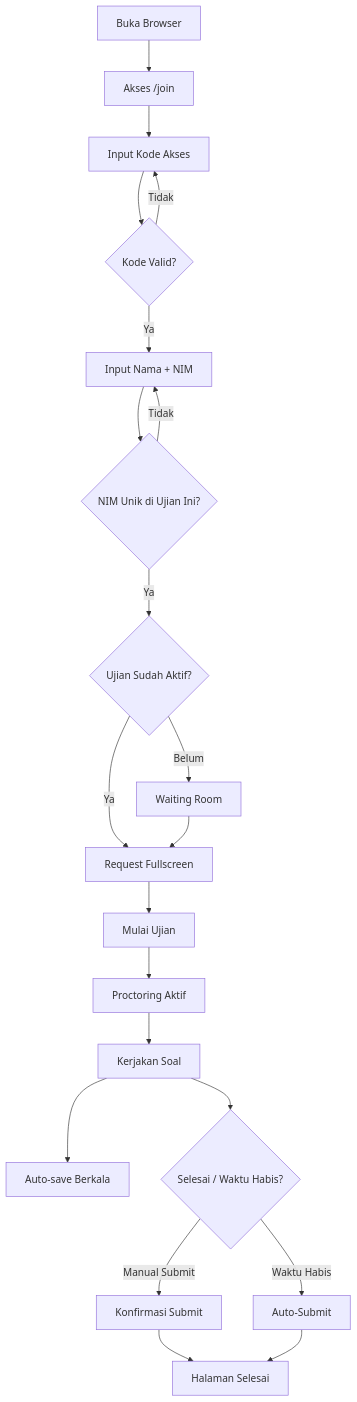
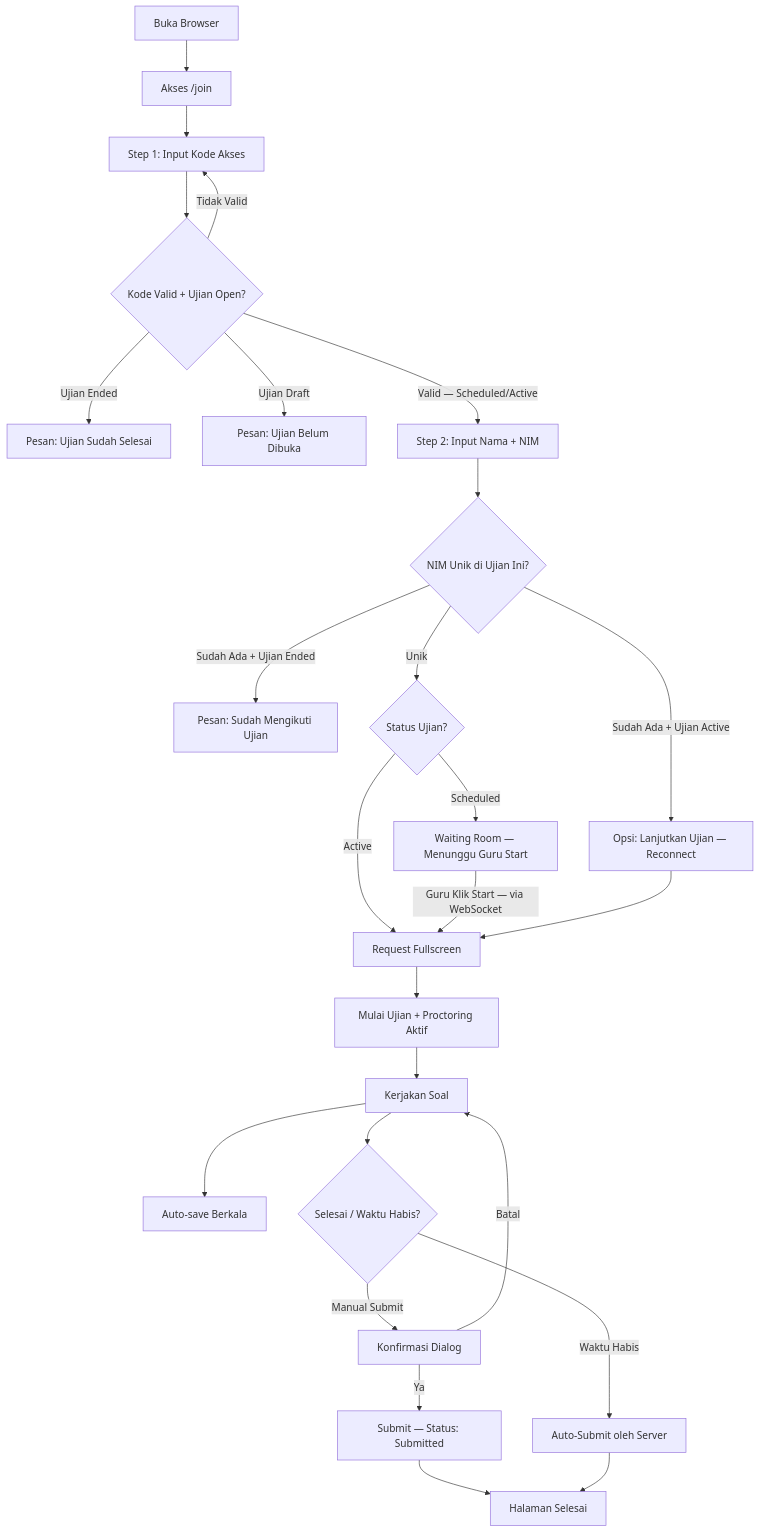
One commit to amdqeis/LockIt changed the fourth of 6 diagrams in docs/PRD.md. Above: the diagram before and after it, drawn with Mermaid. The commit also changed other lines of this file, not shown here.

````diff
--- a/docs/PRD.md
+++ b/docs/PRD.md
@@ -478,23 +680,28 @@
 ```mermaid
 flowchart TD
     A[Buka Browser] --> B[Akses /join]
-    B --> C[Input Kode Akses]
-    C --> D{Kode Valid?}
-    D -->|Tidak| C
-    D -->|Ya| E[Input Nama + NIM]
+    B --> C[Step 1: Input Kode Akses]
+    C --> D{Kode Valid + Ujian Open?}
+    D -->|Tidak Valid| C
+    D -->|Ujian Ended| E1[Pesan: Ujian Sudah Selesai]
+    D -->|Ujian Draft| E2[Pesan: Ujian Belum Dibuka]
+    D -->|Valid — Scheduled/Active| E[Step 2: Input Nama + NIM]
     E --> F{NIM Unik di Ujian Ini?}
-    F -->|Tidak| E
-    F -->|Ya| G{Ujian Sudah Aktif?}
-    G -->|Belum| H[Waiting Room]
-    G -->|Ya| I[Request Fullscreen]
-    H --> I
-    I --> J[Mulai Ujian]
-    J --> K[Proctoring Aktif]
-    K --> L[Kerjakan Soal]
-    L --> M[Auto-save Berkala]
-    L --> N{Selesai / Waktu Habis?}
-    N -->|Manual Submit| O[Konfirmasi Submit]
-    N -->|Waktu Habis| P[Auto-Submit]
+    F -->|Sudah Ada + Ujian Active| F1[Opsi: Lanjutkan Ujian — Reconnect]
+    F -->|Sudah Ada + Ujian Ended| F2[Pesan: Sudah Mengikuti Ujian]
+    F -->|Unik| G{Status Ujian?}
+    G -->|Scheduled| H[Waiting Room — Menunggu Guru Start]
+    G -->|Active| I[Request Fullscreen]
+    H -->|Guru Klik Start — via WebSocket| I
+    F1 --> I
+    I --> J[Mulai Ujian + Proctoring Aktif]
+    J --> K[Kerjakan Soal]
+    K --> L[Auto-save Berkala]
+    K --> M{Selesai / Waktu Habis?}
+    M -->|Manual Submit| N[Konfirmasi Dialog]
+    N -->|Batal| K
+    N -->|Ya| O[Submit — Status: Submitted]
+    M -->|Waktu Habis| P[Auto-Submit oleh Server]
     O --> Q[Halaman Selesai]
     P --> Q
 ```
````
